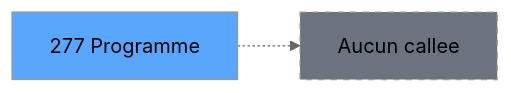
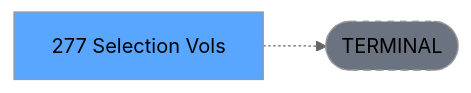
One commit to thonyAGP/lecteur-magic changed the third of 3 diagrams in .openspec/renders/ADH-IDE-277.md. Above: the diagram before and after it, drawn with Mermaid (neutral theme). The commit also changed other lines of this file and 701 other files, not shown here.

````diff
--- a/.openspec/renders/ADH-IDE-277.md
+++ b/.openspec/renders/ADH-IDE-277.md
@@ -158,8 +134,8 @@
 ```mermaid
 graph LR
-    T[277 Programme]
-    NONE[Aucun callee]
-    T -.-> NONE
+    T[277 Selection Vols ]
+    TERM([TERMINAL])
+    T -.-> TERM
+    style TERM fill:#6b7280,stroke-dasharray: 5 5
     style T fill:#58a6ff,color:#000
-    style NONE fill:#6b7280,stroke-dasharray: 5 5
 ```
````
